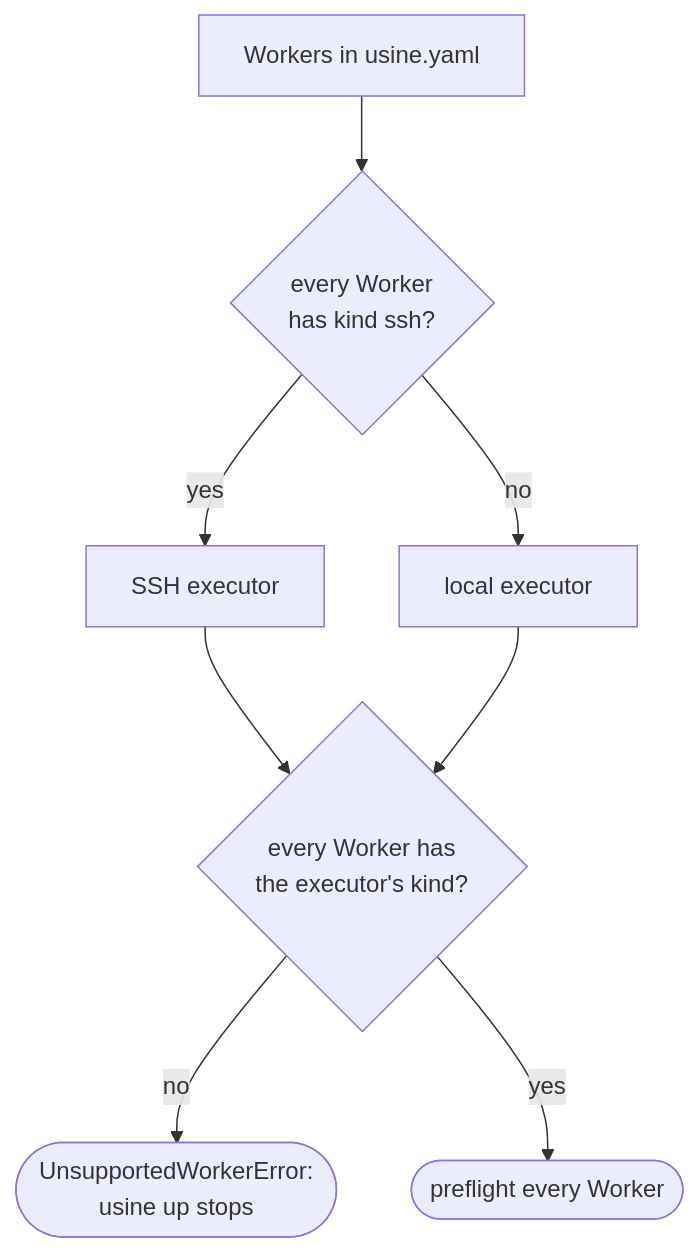
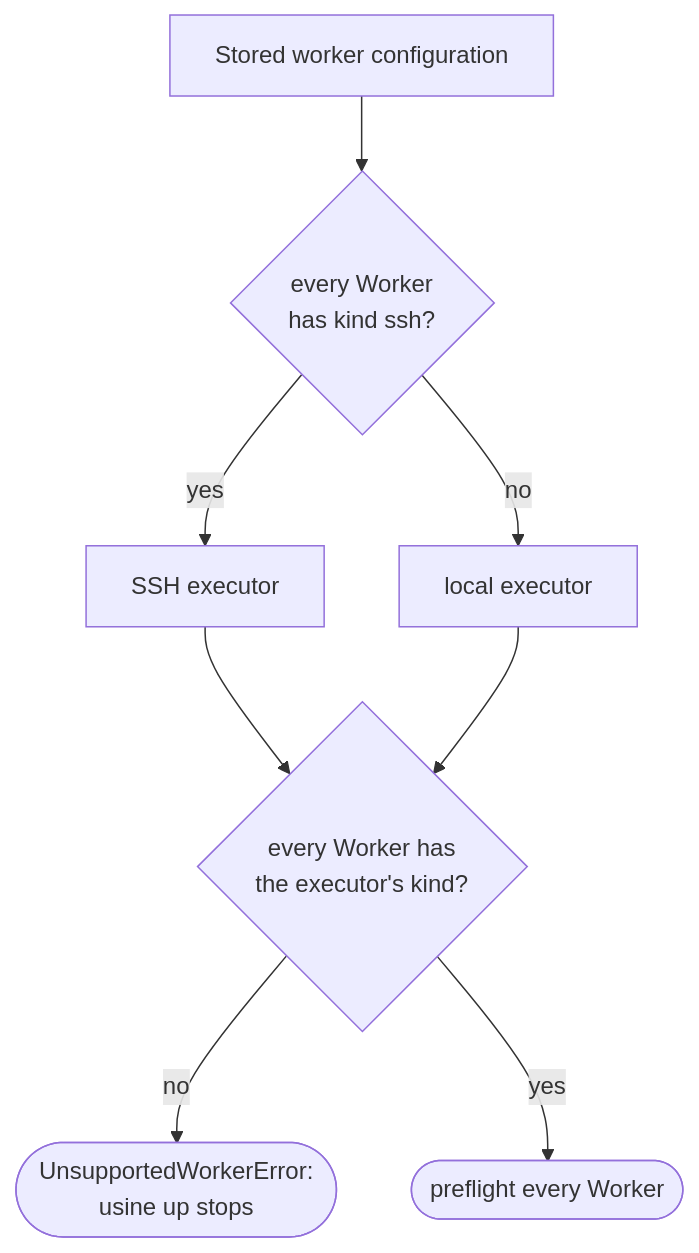
Before and after one commit to basaltbytes/usine: the first of 9 diagrams in apps/docs/src/content/docs/architecture/workers-and-gateway.mdx, drawn with Mermaid. The commit also changed other lines of this file and 24 other files, not shown here.

Commit message:
docs: edit stored configuration with usine config

````diff
--- a/apps/docs/src/content/docs/architecture/workers-and-gateway.mdx
+++ b/apps/docs/src/content/docs/architecture/workers-and-gateway.mdx
@@ -96,10 +97,10 @@
 ```mermaid
 flowchart TD
-  workers["Workers in usine.yaml"] --> all{"every Worker<br/>has kind ssh?"}
+  workers["Stored worker configuration"] --> all{"every Worker<br/>has kind ssh?"}
   all -->|yes| ssh["SSH executor"]
   all -->|no| local["local executor"]
   ssh --> same{"every Worker has<br/>the executor's kind?"}
   local --> same
   same -->|no| refused(["UnsupportedWorkerError:<br/>usine up stops"])
   same -->|yes| preflight(["preflight every Worker"])
 ```
````
